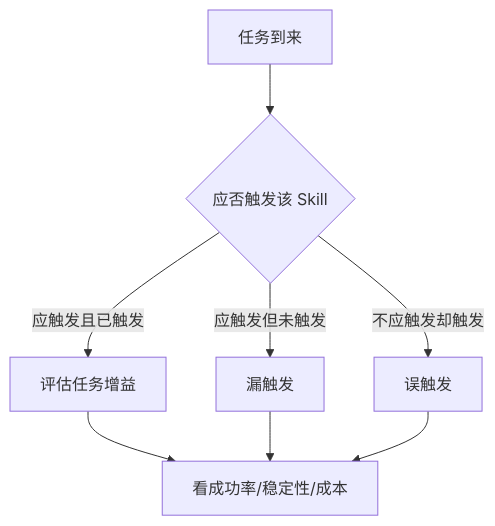
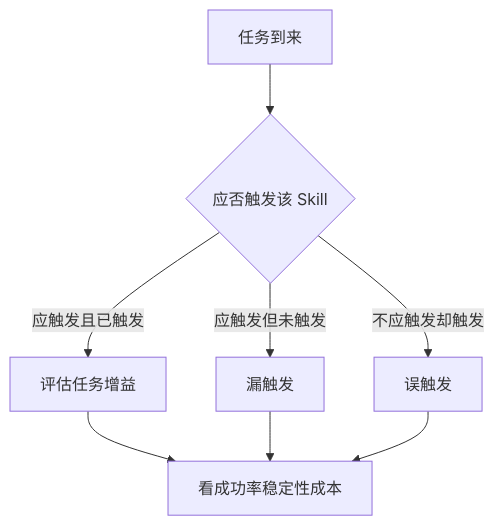
The third of 3 diagrams in docs/06-eval-evolution/harness-skill-evaluation.md (xiaoqianbaobao/ai-guide), drawn with Mermaid before and after one commit. The commit also changed other lines of this file and 14 other files, not shown here.

Commit message:
修复前端mermaid语法错误问题

````diff
--- a/docs/06-eval-evolution/harness-skill-evaluation.md
+++ b/docs/06-eval-evolution/harness-skill-evaluation.md
@@ -205,10 +205,10 @@
 ```mermaid
 flowchart TD
     A[任务到来] --> B{应否触发该 Skill}
     B -->|应触发且已触发| C[评估任务增益]
     B -->|应触发但未触发| D[漏触发]
     B -->|不应触发却触发| E[误触发]
-    C --> F[看成功率/稳定性/成本]
+    C --> F[看成功率稳定性成本]
     D --> F
     E --> F
 ```
````
